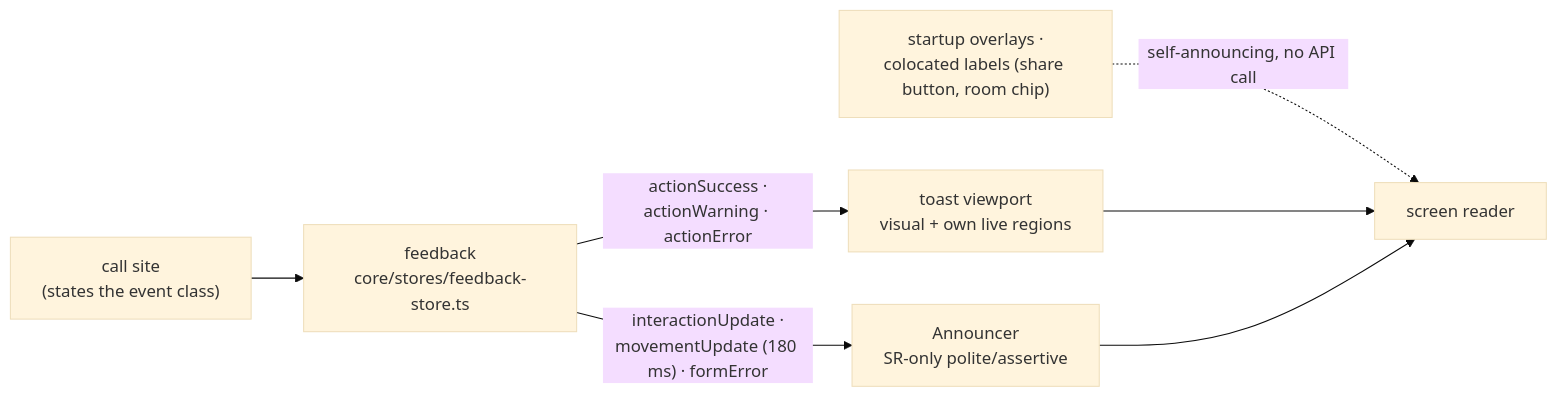
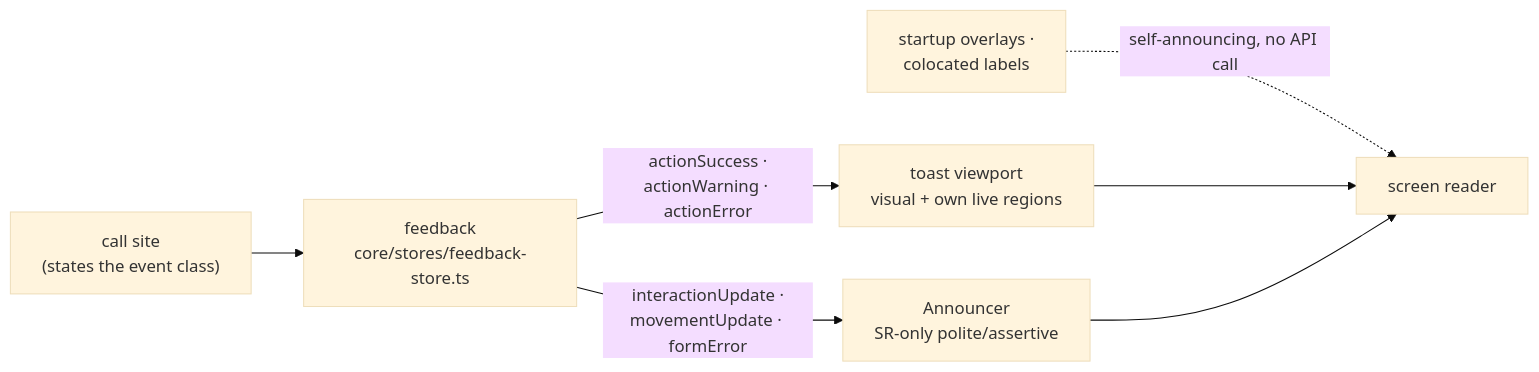
One commit to christopher-r-anderson/room-layout changed the diagram in docs/architecture/feedback.md. Above: the diagram before and after it, drawn with Mermaid (base theme). The commit also changed other lines of this file and 30 other files, not shown here.

````diff
--- a/docs/architecture/feedback.md
+++ b/docs/architecture/feedback.md
@@ -18,9 +35,9 @@
 ```mermaid
 flowchart LR
   CS["call site<br/>(states the event class)"] --> API["feedback<br/>core/stores/feedback-store.ts"]
   API -->|"actionSuccess ·<br/>actionWarning · actionError"| TOAST["toast viewport<br/>visual + own live regions"]
-  API -->|"interactionUpdate ·<br/>movementUpdate (180 ms) · formError"| ANN["Announcer<br/>SR-only polite/assertive"]
-  SELF["startup overlays ·<br/>colocated labels (share button, room chip)"] -. "self-announcing, no API call" .-> SR["screen reader"]
+  API -->|"interactionUpdate ·<br/>movementUpdate · formError"| ANN["Announcer<br/>SR-only polite/assertive"]
+  SELF["startup overlays ·<br/>colocated labels"] -. "self-announcing, no API call" .-> SR["screen reader"]
   TOAST --> SR
   ANN --> SR
 ```
````
